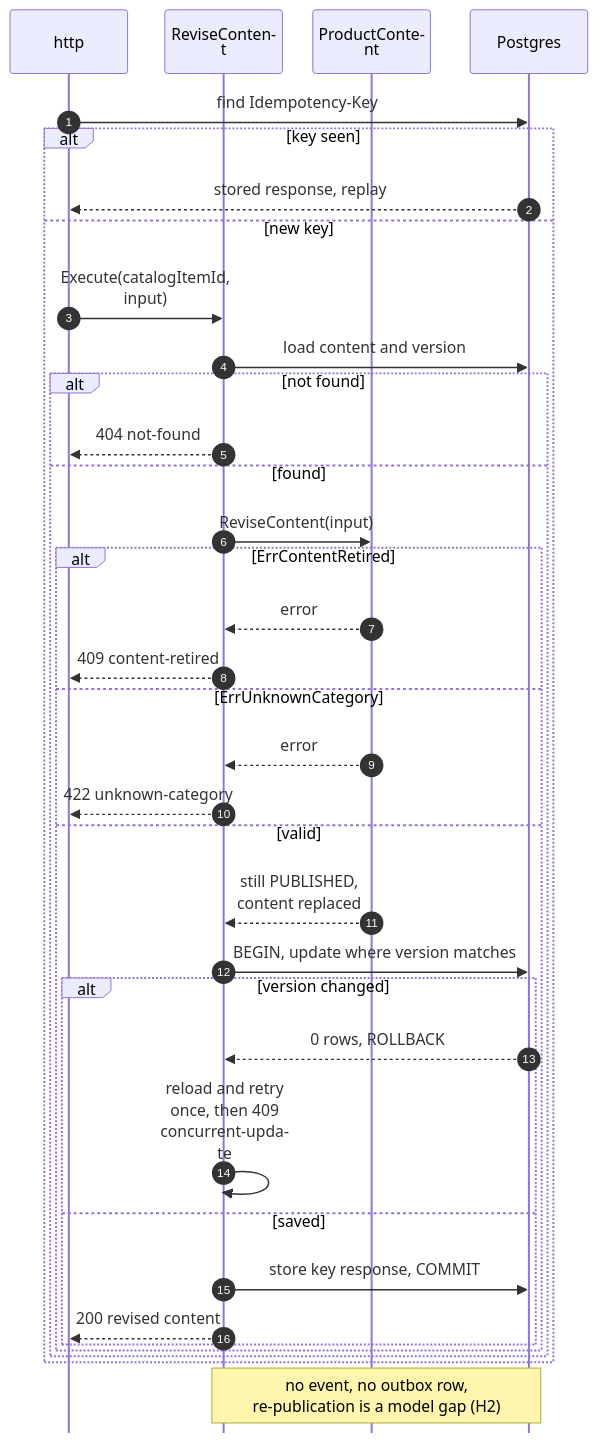
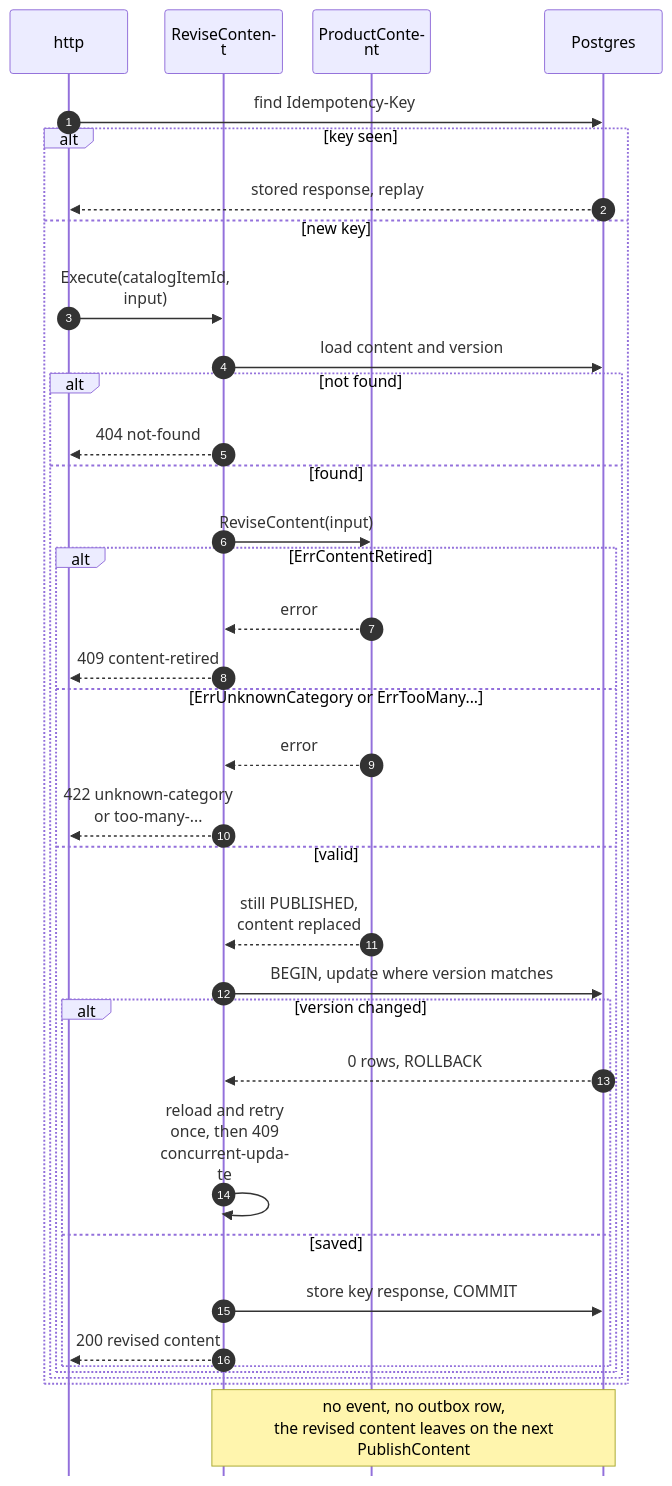
The second of 10 diagrams in storefront/docs/contexts/product-content/sequence-diagrams.md (IQVO/warehouse-docs), drawn with Mermaid before and after one commit. The commit also changed other lines of this file and 16 other files, not shown here.

Commit message:
docs(storefront): model-fix 4-5/7 - product-content, product-discovery, shopping-cart decisions applied; checkout model + events (24->26)

````diff
--- a/storefront/docs/contexts/product-content/sequence-diagrams.md
+++ b/storefront/docs/contexts/product-content/sequence-diagrams.md
@@ -82,39 +90,39 @@
 ```mermaid
 %%{init: {"sequence": {"wrap": true, "width": 120, "actorMargin": 24, "messageMargin": 28, "boxMargin": 6, "noteMargin": 6, "mirrorActors": false}}}%%
 sequenceDiagram
     autonumber
     participant H as http
     participant UC as ReviseContent
     participant A as ProductContent
     participant DB as Postgres
     H->>DB: find Idempotency-Key
     alt key seen
         DB-->>H: stored response, replay
     else new key
         H->>UC: Execute(catalogItemId, input)
         UC->>DB: load content and version
         alt not found
             UC-->>H: 404 not-found
         else found
             UC->>A: ReviseContent(input)
             alt ErrContentRetired
                 A-->>UC: error
                 UC-->>H: 409 content-retired
-            else ErrUnknownCategory
+            else ErrUnknownCategory or ErrTooMany...
                 A-->>UC: error
-                UC-->>H: 422 unknown-category
+                UC-->>H: 422 unknown-category or too-many-...
             else valid
                 A-->>UC: still PUBLISHED, content replaced
                 UC->>DB: BEGIN, update where version matches
                 alt version changed
                     DB-->>UC: 0 rows, ROLLBACK
                     UC->>UC: reload and retry once, then 409 concurrent-update
                 else saved
                     UC->>DB: store key response, COMMIT
                     UC-->>H: 200 revised content
                 end
             end
         end
     end
-    Note over UC,DB: no event, no outbox row,<br/>re-publication is a model gap (H2)
+    Note over UC,DB: no event, no outbox row,<br/>the revised content leaves on the next PublishContent
 ```
````
